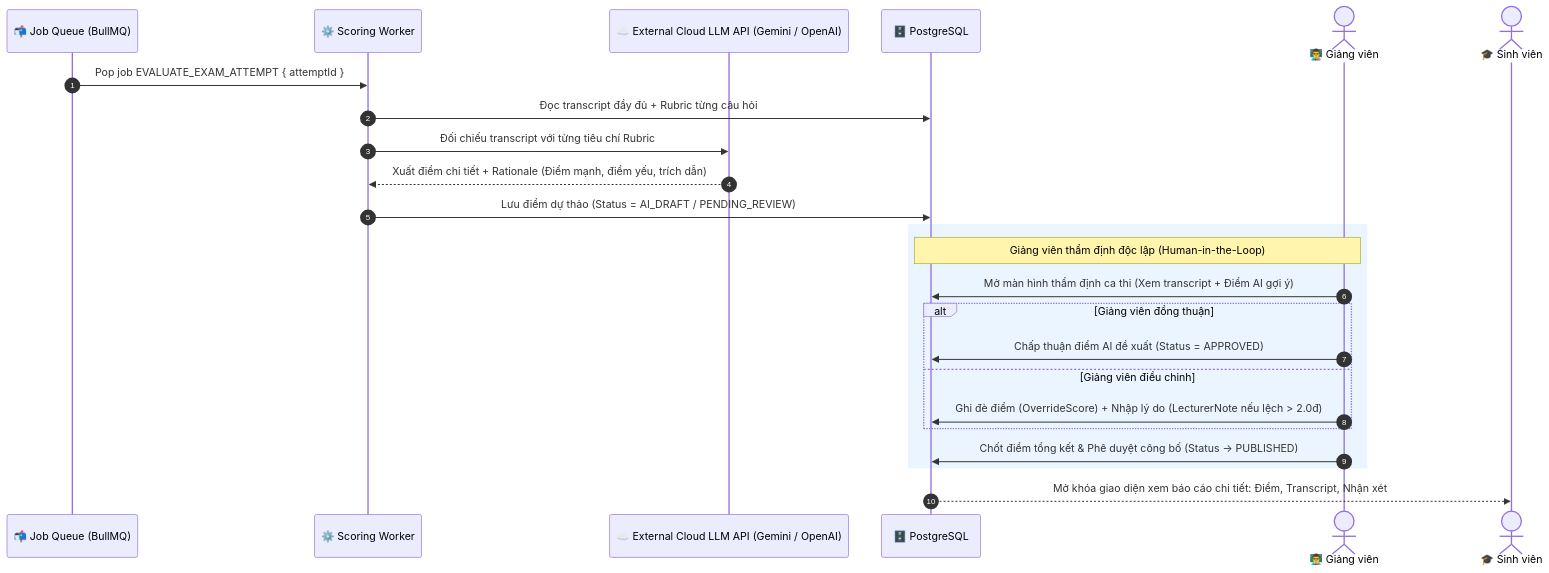
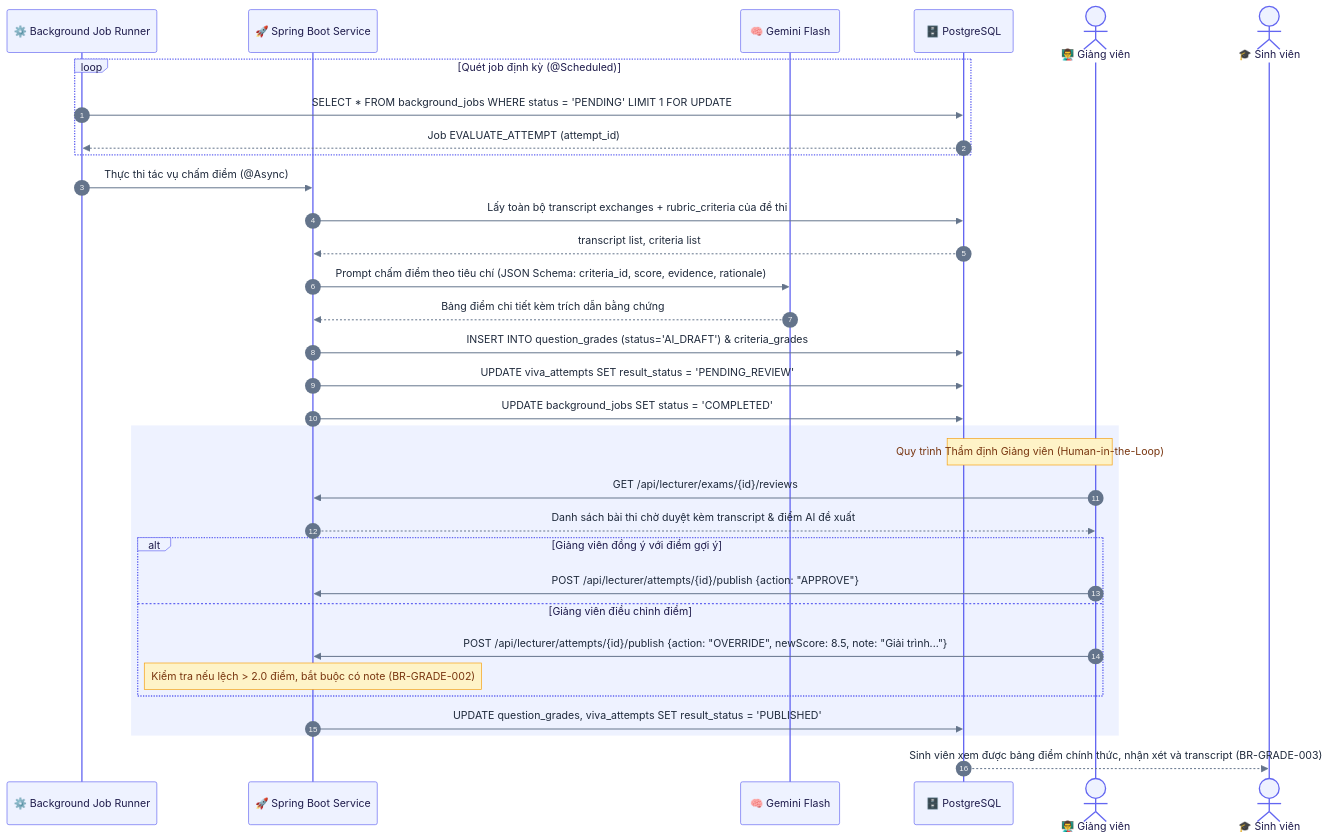
The third of 3 diagrams in document/core-workflows.md (SWD392-Group-4/AI-powered-Viva-Exam-System), drawn with Mermaid before and after one commit. The commit also changed other lines of this file and 9 other files, not shown here.

Commit message:
docs: add system design, architecture, ERDs, and class diagrams

````diff
--- a/document/core-workflows.md
+++ b/document/core-workflows.md
@@ -132,29 +302,57 @@
 ```mermaid
+%%{init: {
+  'theme': 'base',
+  'themeVariables': {
+    'actorBkg': '#EEF2FF',
+    'actorBorder': '#6366F1',
+    'actorTextColor': '#1E1B4B',
+    'signalColor': '#64748B',
+    'signalTextColor': '#1E293B',
+    'noteBkgColor': '#FEF3C7',
+    'noteBorderColor': '#F59E0B',
+    'noteTextColor': '#78350F',
+    'fontFamily': 'Inter, system-ui, sans-serif',
+    'fontSize': '13px'
+  }
+}}%%
+
 sequenceDiagram
     autonumber
-    participant QUEUE as 📬 Job Queue (BullMQ)
-    participant WORKER as ⚙️ Scoring Worker
-    participant AI as ☁️ External Cloud LLM API (Gemini / OpenAI)
+    participant JOB as ⚙️ Background Job Runner
+    participant BE as 🚀 Spring Boot Service
+    participant AI as 🧠 Gemini Flash
     participant DB as 🗄️ PostgreSQL
-    actor LEC as 👨‍🏫 Giảng viên
-    actor STU as 🎓 Sinh viên
+    actor GV as 👨‍🏫 Giảng viên
+    actor SV as 🎓 Sinh viên
 
-    QUEUE->>WORKER: Pop job EVALUATE_EXAM_ATTEMPT { attemptId }
-    WORKER->>DB: Đọc transcript đầy đủ + Rubric từng câu hỏi
-    WORKER->>AI: Đối chiếu transcript với từng tiêu chí Rubric
-    AI-->>WORKER: Xuất điểm chi tiết + Rationale (Điểm mạnh, điểm yếu, trích dẫn)
-    WORKER->>DB: Lưu điểm dự thảo (Status = AI_DRAFT / PENDING_REVIEW)
-    
-    rect rgb(235, 245, 255)
-        Note over LEC,DB: Giảng viên thẩm định độc lập (Human-in-the-Loop)
-        LEC->>DB: Mở màn hình thẩm định ca thi (Xem transcript + Điểm AI gợi ý)
-        alt Giảng viên đồng thuận
-            LEC->>DB: Chấp thuận điểm AI đề xuất (Status = APPROVED)
-        else Giảng viên điều chỉnh
-            LEC->>DB: Ghi đè điểm (OverrideScore) + Nhập lý do (LecturerNote nếu lệch > 2.0đ)
+    loop Quét job định kỳ (@Scheduled)
+        JOB->>DB: SELECT * FROM background_jobs WHERE status = 'PENDING' LIMIT 1 FOR UPDATE
+        DB-->>JOB: Job EVALUATE_ATTEMPT (attempt_id)
+    end
+
+    JOB->>BE: Thực thi tác vụ chấm điểm (@Async)
+    BE->>DB: Lấy toàn bộ transcript exchanges + rubric_criteria của đề thi
+    DB-->>BE: transcript list, criteria list
+
+    BE->>AI: Prompt chấm điểm theo tiêu chí (JSON Schema: criteria_id, score, evidence, rationale)
+    AI-->>BE: Bảng điểm chi tiết kèm trích dẫn bằng chứng
+    BE->>DB: INSERT INTO question_grades (status='AI_DRAFT') & criteria_grades
+    BE->>DB: UPDATE viva_attempts SET result_status = 'PENDING_REVIEW'
+    BE->>DB: UPDATE background_jobs SET status = 'COMPLETED'
+
+    rect rgb(238, 242, 255)
+        Note over GV, DB: Quy trình Thẩm định Giảng viên (Human-in-the-Loop)
+        GV->>BE: GET /api/lecturer/exams/{id}/reviews
+        BE-->>GV: Danh sách bài thi chờ duyệt kèm transcript & điểm AI đề xuất
+        
+        alt Giảng viên đồng ý với điểm gợi ý
+            GV->>BE: POST /api/lecturer/attempts/{id}/publish {action: "APPROVE"}
+        else Giảng viên điều chỉnh điểm
+            GV->>BE: POST /api/lecturer/attempts/{id}/publish {action: "OVERRIDE", newScore: 8.5, note: "Giải trình..."}
+            Note over BE: Kiểm tra nếu lệch > 2.0 điểm, bắt buộc có note (BR-GRADE-002)
         end
-        LEC->>DB: Chốt điểm tổng kết & Phê duyệt công bố (Status -> PUBLISHED)
+        BE->>DB: UPDATE question_grades, viva_attempts SET result_status = 'PUBLISHED'
     end
-    
-    DB-->>STU: Mở khóa giao diện xem báo cáo chi tiết: Điểm, Transcript, Nhận xét
+
+    DB-->>SV: Sinh viên xem được bảng điểm chính thức, nhận xét và transcript (BR-GRADE-003)
 ```
````
